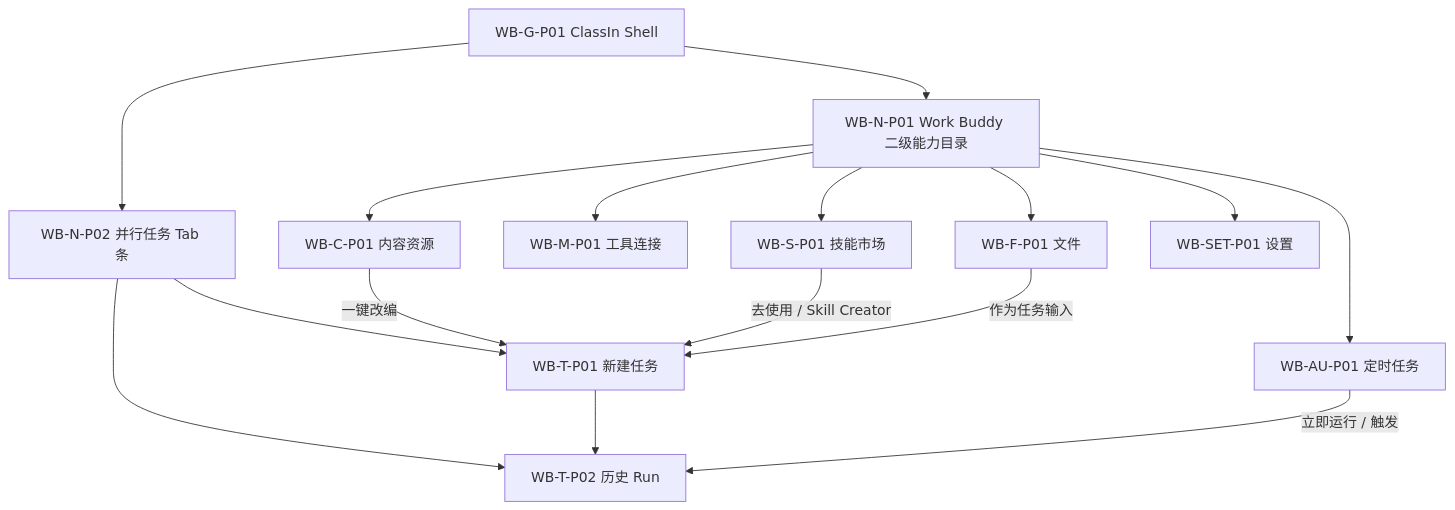
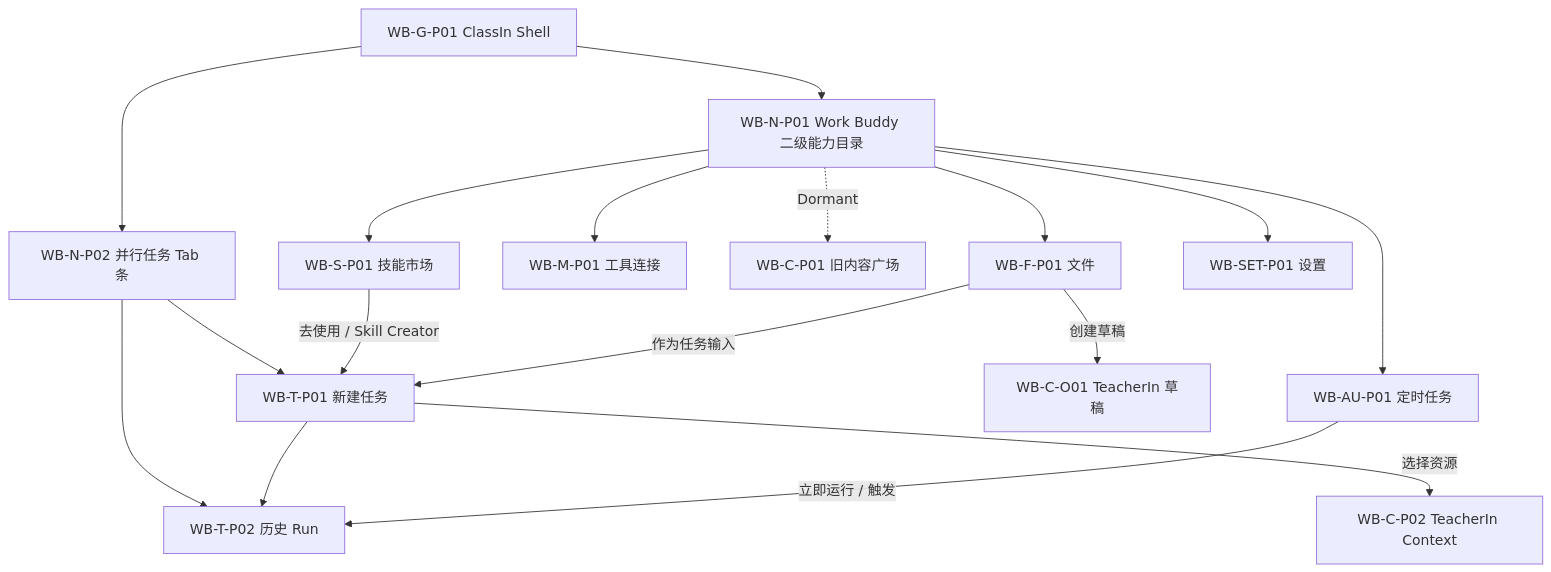
One commit to dynamic39300/classin-ai-buddy changed the first of 2 diagrams in docs/04-specs/features/workbuddy-v1-workspace/PAGE-MAP-AND-NAVIGATION.md. Above: the diagram before and after it, drawn with Mermaid. The commit also changed other lines of this file and 90 other files, not shown here.

Commit message:
feat(workbuddy): checkpoint content architecture and run experience

````diff
--- a/docs/04-specs/features/workbuddy-v1-workspace/PAGE-MAP-AND-NAVIGATION.md
+++ b/docs/04-specs/features/workbuddy-v1-workspace/PAGE-MAP-AND-NAVIGATION.md
@@ -80,18 +79,19 @@
 ```mermaid
 flowchart TD
   SH["WB-G-P01 ClassIn Shell"] --> NAV["WB-N-P01 Work Buddy 二级能力目录"]
   SH --> TABS["WB-N-P02 并行任务 Tab 条"]
   TABS --> NEW["WB-T-P01 新建任务"]
   TABS --> RUN["WB-T-P02 历史 Run"]
   NAV --> SK["WB-S-P01 技能市场"]
   NAV --> TL["WB-M-P01 工具连接"]
-  NAV --> CT["WB-C-P01 内容资源"]
+  NAV -. Dormant .-> CT["WB-C-P01 旧内容广场"]
   NAV --> AU["WB-AU-P01 定时任务"]
   NAV --> FI["WB-F-P01 文件"]
   NAV --> ST["WB-SET-P01 设置"]
   NEW --> RUN
-  CT -->|一键改编| NEW
+  NEW -->|选择资源| TI["WB-C-P02 TeacherIn Context"]
+  FI -->|创建草稿| TD["WB-C-O01 TeacherIn 草稿"]
   SK -->|去使用 / Skill Creator| NEW
   AU -->|立即运行 / 触发| RUN
   FI -->|作为任务输入| NEW
 ```
````
